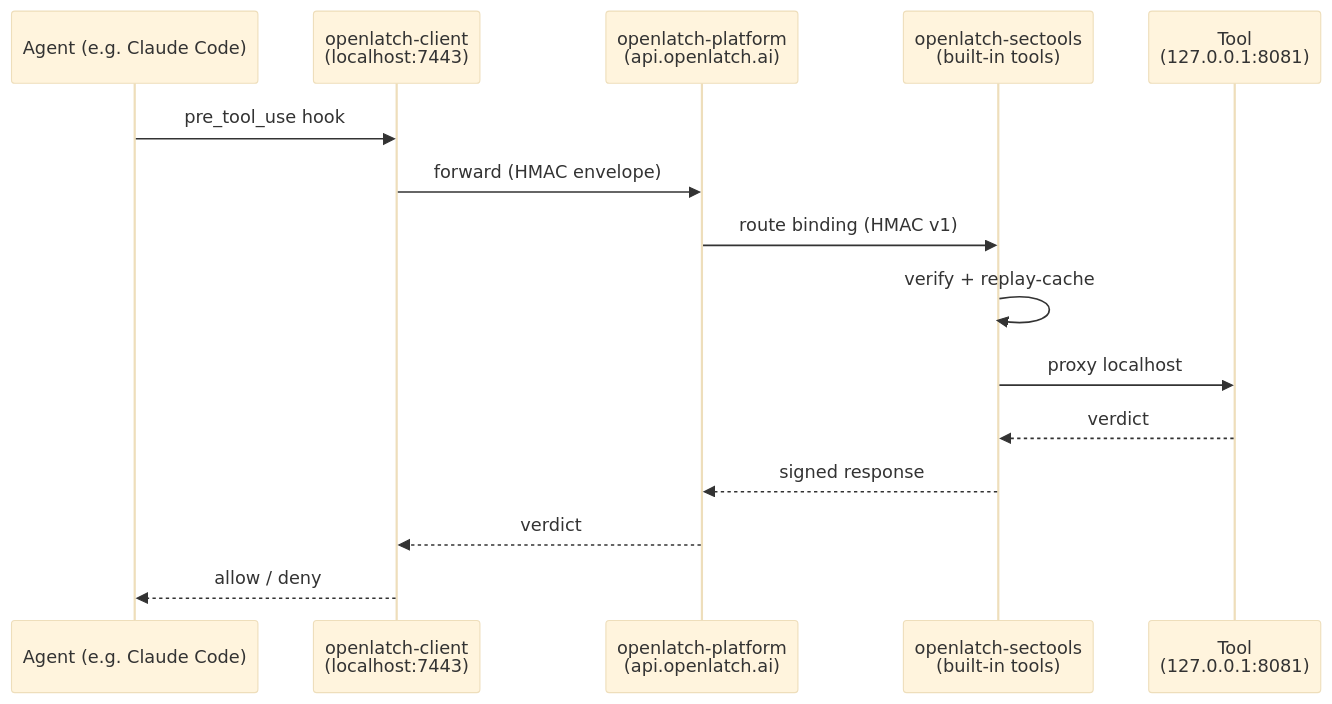
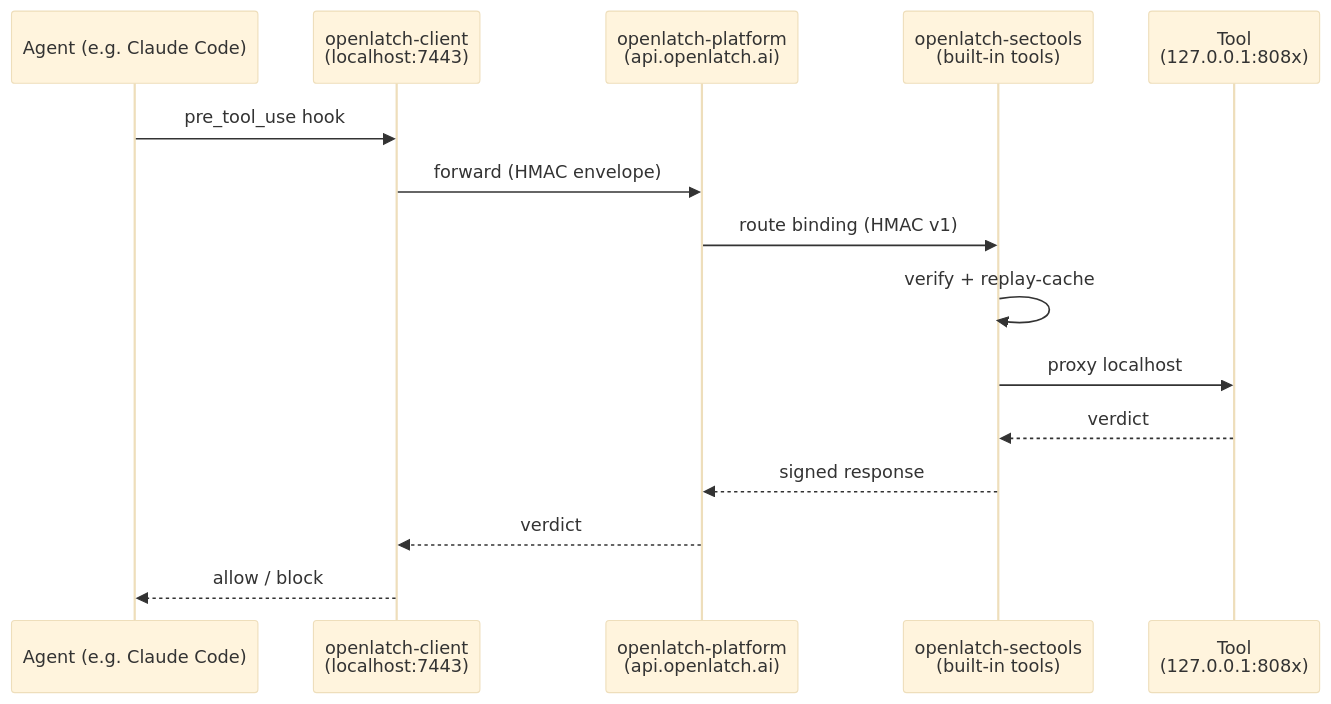
The first of 3 diagrams in README.md (OpenLatch/openlatch-sectools), drawn with Mermaid (base theme) before and after one commit. The commit also changed other lines of this file and 103 other files, not shown here.

````diff
--- a/README.md
+++ b/README.md
@@ -15,17 +33,17 @@
 ```mermaid
 sequenceDiagram
     participant A as Agent (e.g. Claude Code)
     participant C as openlatch-client<br/>(localhost:7443)
     participant P as openlatch-platform<br/>(api.openlatch.ai)
     participant S as openlatch-sectools<br/>(built-in tools)
-    participant T as Tool<br/>(127.0.0.1:8081)
+    participant T as Tool<br/>(127.0.0.1:808x)
     A->>C: pre_tool_use hook
     C->>P: forward (HMAC envelope)
     P->>S: route binding (HMAC v1)
     S->>S: verify + replay-cache
     S->>T: proxy localhost
     T-->>S: verdict
     S-->>P: signed response
     P-->>C: verdict
-    C-->>A: allow / deny
+    C-->>A: allow / block
 ```
````
